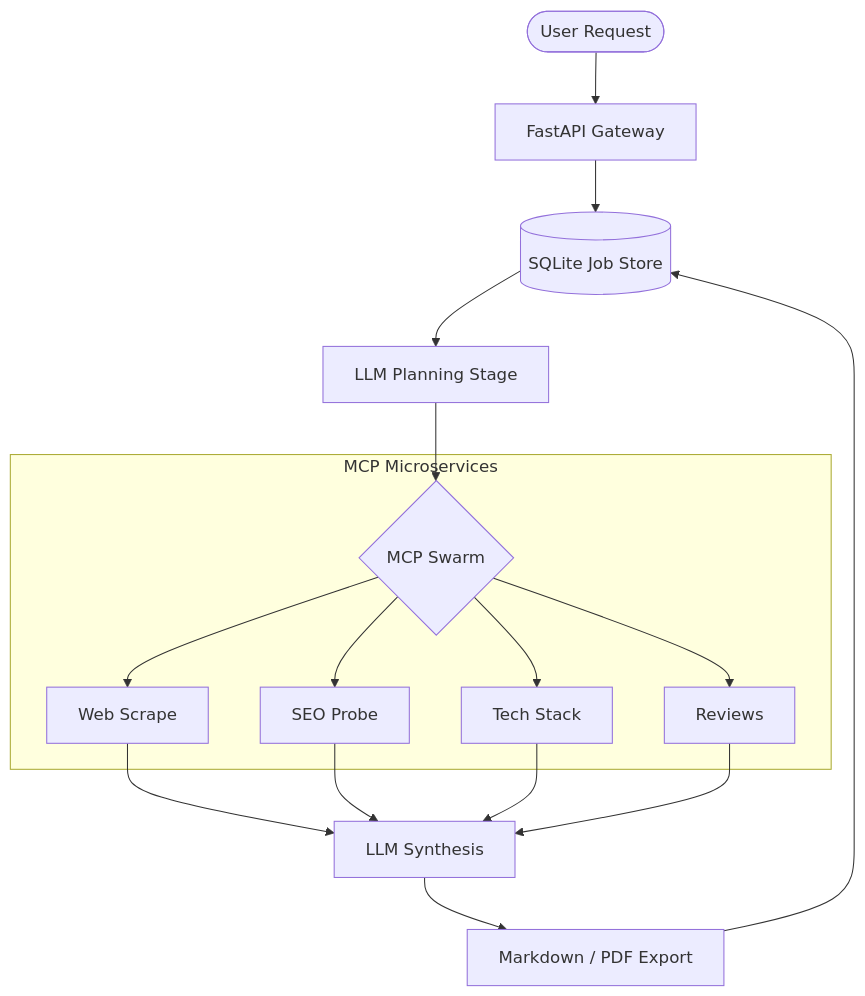
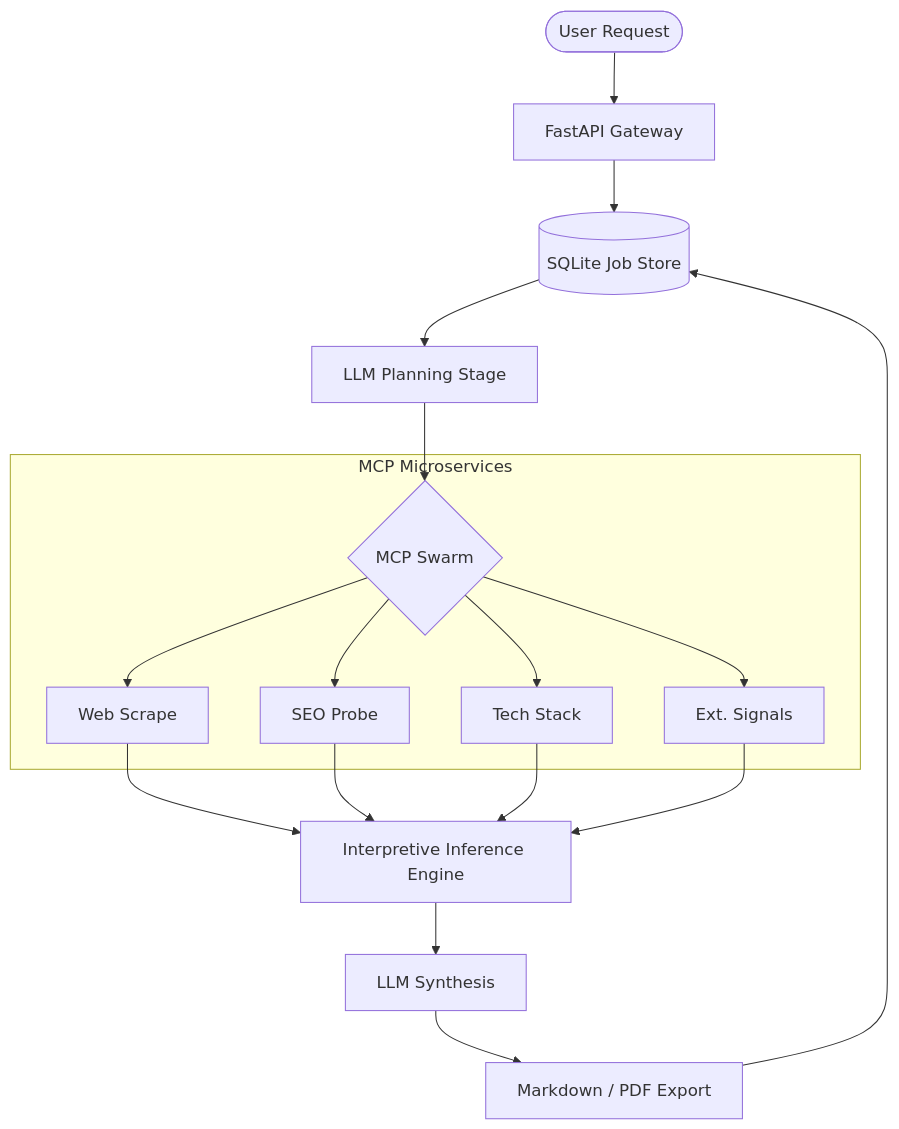
The diagram in README.md (technoir7/signal_analyst), drawn with Mermaid before and after one commit. The commit also changed other lines of this file, not shown here.

````diff
--- a/README.md
+++ b/README.md
@@ -115,18 +129,19 @@
 ```mermaid
 graph TD
     User([User Request]) --> API[FastAPI Gateway]
     API --> JobQueue[(SQLite Job Store)]
     JobQueue --> LLMPlan[LLM Planning Stage]
     LLMPlan --> MCP_Swarm{MCP Swarm}
     
     subgraph MCP Microservices
     MCP_Swarm --> WS[Web Scrape]
     MCP_Swarm --> SEO[SEO Probe]
     MCP_Swarm --> TS[Tech Stack]
-    MCP_Swarm --> REV[Reviews]
+    MCP_Swarm --> EXT[Ext. Signals]
     end
     
-    WS & SEO & TS & REV --> LLMSynth[LLM Synthesis]
+    WS & SEO & TS & EXT --> INF[Interpretive Inference Engine]
+    INF --> LLMSynth[LLM Synthesis]
     LLMSynth --> FinalReport[Markdown / PDF Export]
     FinalReport --> JobQueue
 ```
````
